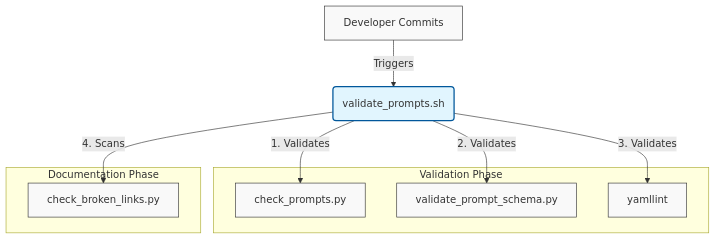
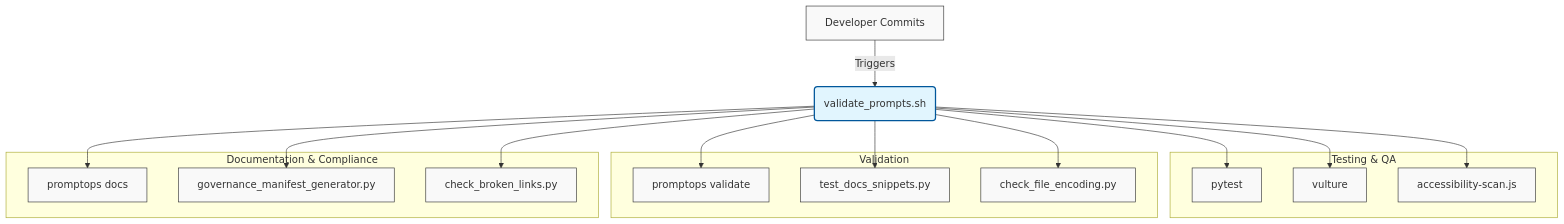
The diagram in tools/tools/scripts/README.md (fderuiter/proompts), drawn with Mermaid before and after one commit. The commit also changed other lines of this file and 3 other files, not shown here.

````diff
--- a/tools/tools/scripts/README.md
+++ b/tools/tools/scripts/README.md
@@ -21,25 +21,37 @@
 ```mermaid
 graph TD
     %% Define Nodes
     A[Developer Commits] -->|Triggers| B(validate_prompts.sh)
 
-    subgraph "Validation Phase"
-        C1[check_prompts.py]
-        C2[validate_prompt_schema.py]
-        C3[yamllint]
+    subgraph "Testing & QA"
+        C1[pytest]
+        C2[vulture]
+        C3[accessibility-scan.js]
     end
 
-    subgraph "Documentation Phase"
-        D3[check_broken_links.py]
+    subgraph "Validation"
+        D1[promptops validate]
+        D2[test_docs_snippets.py]
+        D3[check_file_encoding.py]
     end
 
-    B -->|1. Validates| C1
-    B -->|2. Validates| C2
-    B -->|3. Validates| C3
+    subgraph "Documentation & Compliance"
+        E1[promptops docs]
+        E2[governance_manifest_generator.py]
+        E3[check_broken_links.py]
+    end
 
-    B -->|4. Scans| D3
+    B --> C1
+    B --> C2
+    B --> C3
+    B --> D1
+    B --> D2
+    B --> D3
+    B --> E1
+    B --> E2
+    B --> E3
 
     classDef default fill:#f9f9f9,stroke:#333,stroke-width:1px;
     classDef highlight fill:#e1f5fe,stroke:#01579b,stroke-width:2px;
     class B highlight;
 ```
````
